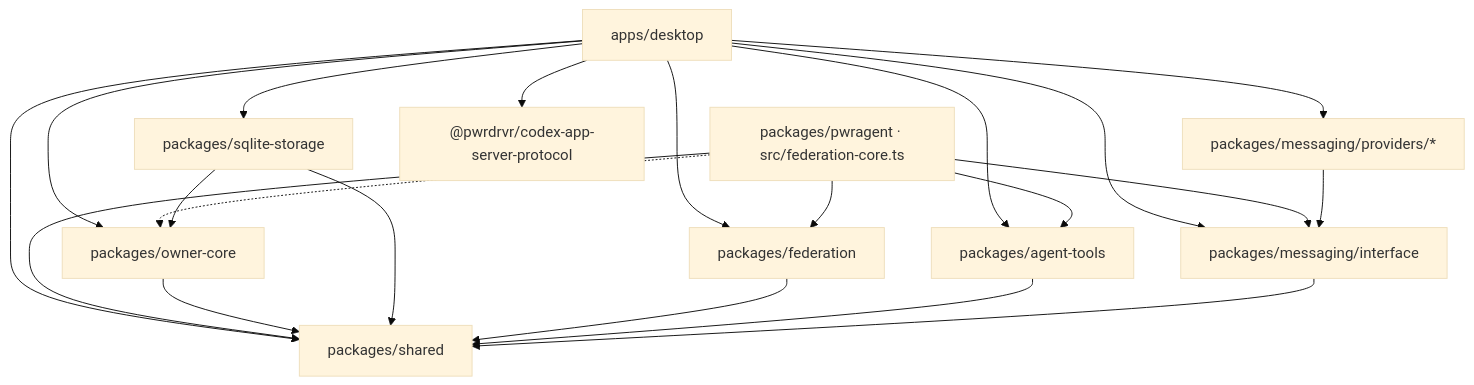
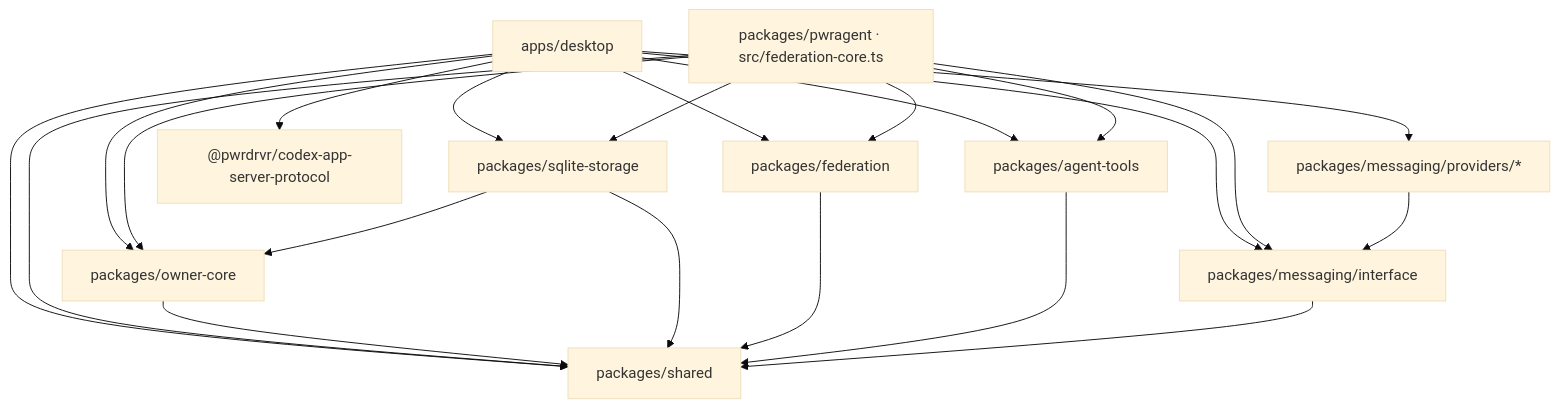
Before and after one commit to pwrdrvr/PwrAgent: the fifth of 5 diagrams in ARCHITECTURE.md, drawn with Mermaid (base theme). The commit also changed other lines of this file and 20 other files, not shown here.

````diff
--- a/ARCHITECTURE.md
+++ b/ARCHITECTURE.md
@@ -629,33 +637,34 @@
 ```mermaid
 graph TB
     DesktopApp["apps/desktop"]
     Outpost["packages/pwragent · src/federation-core.ts"]
     OwnerCore["packages/owner-core"]
     SqliteStorage["packages/sqlite-storage"]
     Federation["packages/federation"]
     AgentTools["packages/agent-tools"]
     MsgProviders["packages/messaging/providers/*"]
     MsgInterface["packages/messaging/interface"]
     Shared["packages/shared"]
 
     DesktopApp --> MsgProviders
     DesktopApp --> MsgInterface
     DesktopApp --> Shared
     DesktopApp --> Federation
     DesktopApp --> AgentTools
     DesktopApp --> OwnerCore
     DesktopApp --> SqliteStorage
     DesktopApp --> CodexProto["@pwrdrvr/codex-app-server-protocol"]
     Outpost --> Federation
     Outpost --> AgentTools
     Outpost --> Shared
     Outpost --> MsgInterface
-    Outpost -.-> OwnerCore
+    Outpost --> OwnerCore
+    Outpost --> SqliteStorage
     OwnerCore --> Shared
     SqliteStorage --> Shared
     SqliteStorage --> OwnerCore
     Federation --> Shared
     AgentTools --> Shared
     MsgProviders --> MsgInterface
     MsgInterface --> Shared
 ```
````
